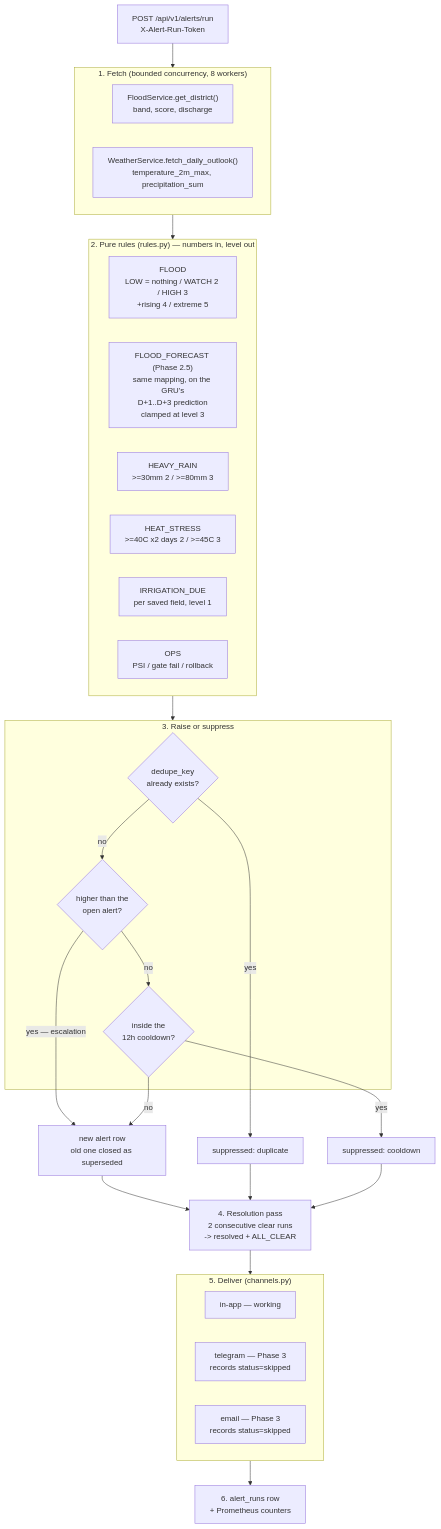
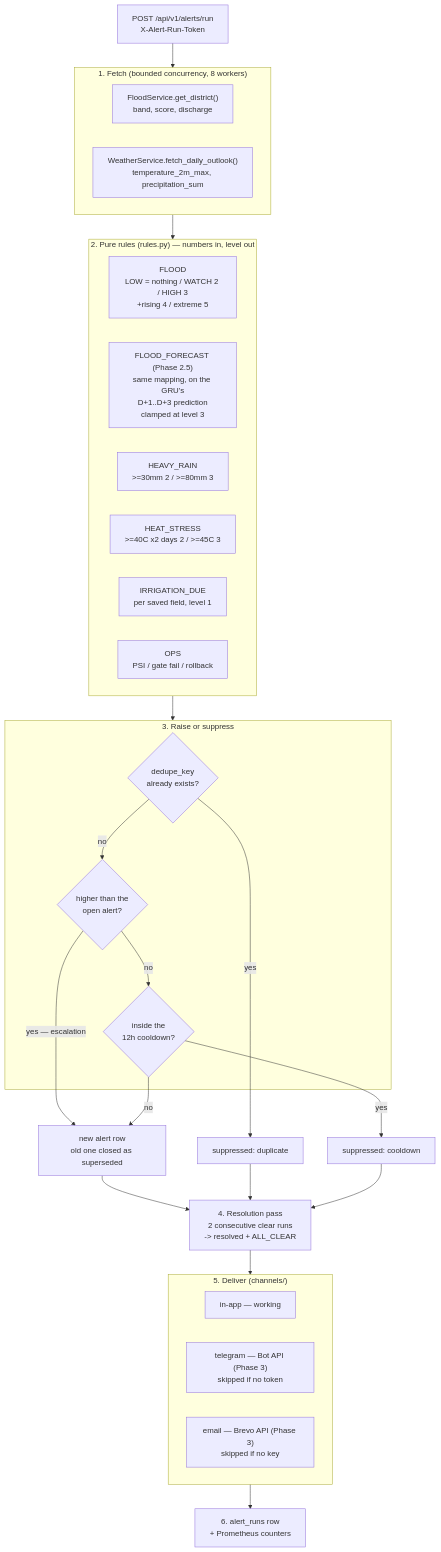
The fourth of 4 diagrams in ARCHITECTURE.md (eemanzahra2005-hash/lehar-early-warning), drawn with Mermaid before and after one commit. The commit also changed 32 other files, not shown here.

First line of the commit message:
phase3: telegram + email delivery channels

````diff
--- a/ARCHITECTURE.md
+++ b/ARCHITECTURE.md
@@ -169,49 +169,49 @@
 ```mermaid
 flowchart TB
     Trigger["POST /api/v1/alerts/run<br/>X-Alert-Run-Token"] --> Fetch
 
     subgraph Fetch["1. Fetch (bounded concurrency, 8 workers)"]
         FloodIn["FloodService.get_district()<br/>band, score, discharge"]
         WeatherIn["WeatherService.fetch_daily_outlook()<br/>temperature_2m_max, precipitation_sum"]
     end
 
     Fetch --> Rules
 
     subgraph Rules["2. Pure rules (rules.py) — numbers in, level out"]
         R1["FLOOD<br/>LOW = nothing / WATCH 2 / HIGH 3<br/>+rising 4 / extreme 5"]
         R1b["FLOOD_FORECAST (Phase 2.5)<br/>same mapping, on the GRU's<br/>D+1..D+3 prediction<br/>clamped at level 3"]
         R2["HEAVY_RAIN<br/>>=30mm 2 / >=80mm 3"]
         R3["HEAT_STRESS<br/>>=40C x2 days 2 / >=45C 3"]
         R4["IRRIGATION_DUE<br/>per saved field, level 1"]
         R5["OPS<br/>PSI / gate fail / rollback"]
     end
 
     Rules --> Decide
 
     subgraph Decide["3. Raise or suppress"]
         D1{"dedupe_key<br/>already exists?"}
         D2{"higher than the<br/>open alert?"}
         D3{"inside the<br/>12h cooldown?"}
     end
 
     D1 -->|yes| Suppressed["suppressed: duplicate"]
     D1 -->|no| D2
     D2 -->|"yes — escalation"| Raise["new alert row<br/>old one closed as superseded"]
     D2 -->|no| D3
     D3 -->|yes| Suppressed2["suppressed: cooldown"]
     D3 -->|no| Raise
 
     Raise --> Resolve
     Suppressed --> Resolve
     Suppressed2 --> Resolve
 
     Resolve["4. Resolution pass<br/>2 consecutive clear runs<br/>-> resolved + ALL_CLEAR"] --> Deliver
 
-    subgraph Deliver["5. Deliver (channels.py)"]
+    subgraph Deliver["5. Deliver (channels/)"]
         InApp["in-app — working"]
-        Telegram["telegram — Phase 3<br/>records status=skipped"]
-        Email["email — Phase 3<br/>records status=skipped"]
+        Telegram["telegram — Bot API (Phase 3)<br/>skipped if no token"]
+        Email["email — Brevo API (Phase 3)<br/>skipped if no key"]
     end
 
     Deliver --> Record["6. alert_runs row<br/>+ Prometheus counters"]
 ```
````
